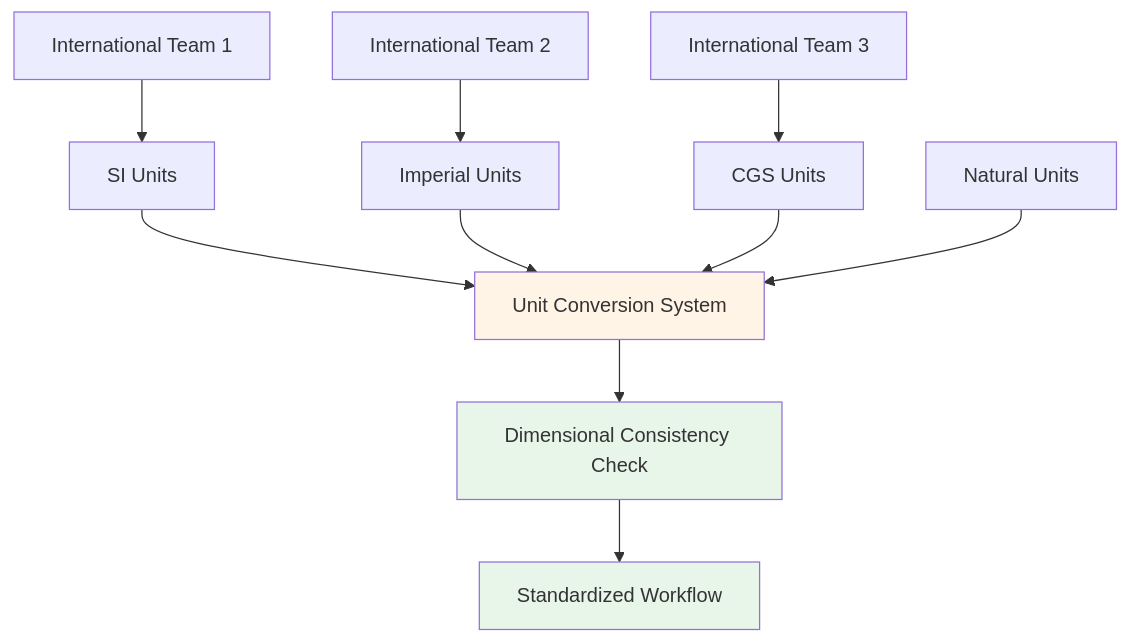
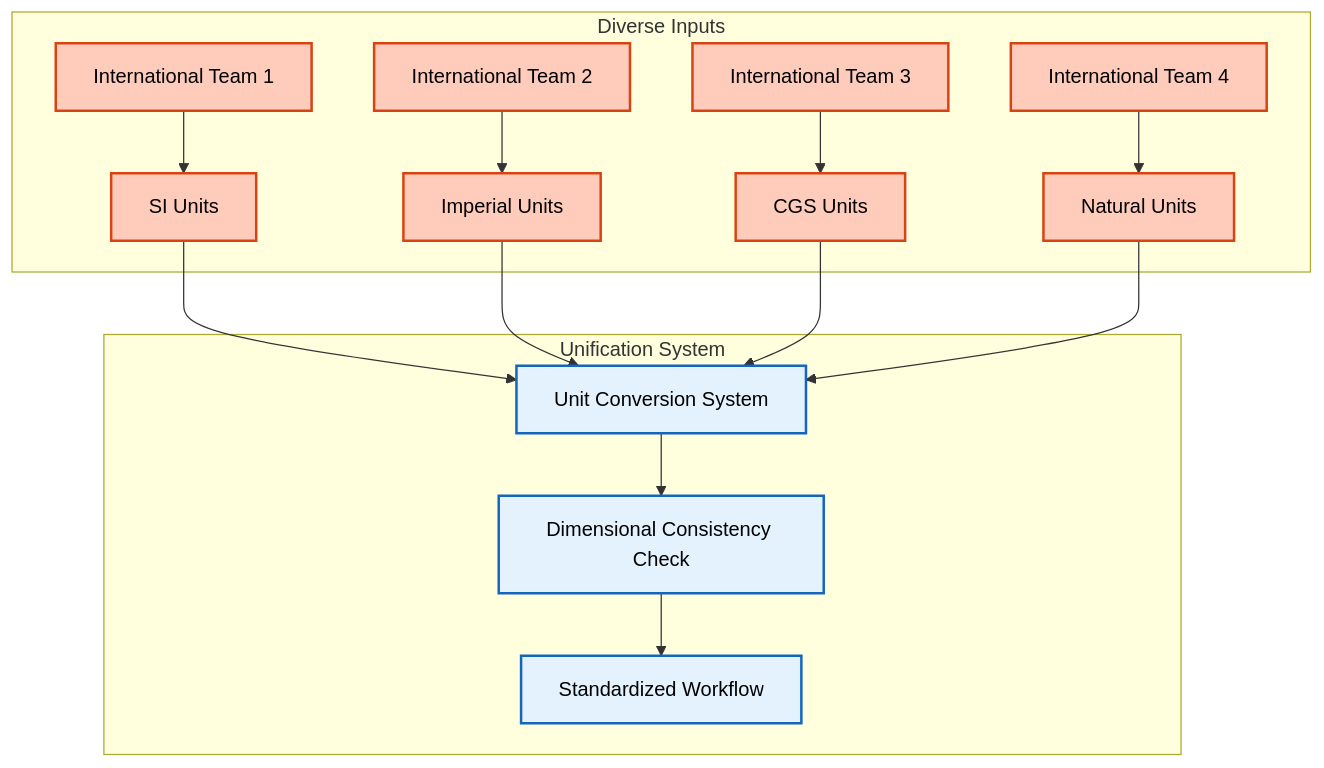
One commit to wramet/build-my-cfd changed the third of 5 diagrams in MODULE_05_OPENFOAM_PROGRAMMING/CONTENT/02_DIMENSIONED_TYPES/06_Engineering_Benefits.md. Above: the diagram before and after it, drawn with Mermaid. The commit also changed other lines of this file and 313 other files, not shown here.

Commit message:
Revise all diagram

````diff
--- a/MODULE_05_OPENFOAM_PROGRAMMING/CONTENT/02_DIMENSIONED_TYPES/06_Engineering_Benefits.md
+++ b/MODULE_05_OPENFOAM_PROGRAMMING/CONTENT/02_DIMENSIONED_TYPES/06_Engineering_Benefits.md
@@ -472,18 +494,27 @@
 ```mermaid
 flowchart TD
-    A[SI Units] --> D[Unit Conversion System]
-    B[Imperial Units] --> D
-    C[CGS Units] --> D
-    E[Natural Units] --> D
+%% Classes
+classDef explicit fill:#ffccbc,stroke:#d84315,stroke-width:2px,color:#000
+classDef implicit fill:#e3f2fd,stroke:#1565c0,stroke-width:2px,color:#000
 
-    D --> F[Dimensional Consistency Check]
-    F --> G[Standardized Workflow]
+subgraph Sources["Diverse Inputs"]
+    H[International Team 1]:::explicit --> A[SI Units]:::explicit
+    I[International Team 2]:::explicit --> B[Imperial Units]:::explicit
+    J[International Team 3]:::explicit --> C[CGS Units]:::explicit
+    K[International Team 4]:::explicit --> E[Natural Units]:::explicit
+end
 
-    H[International Team 1] --> A
-    I[International Team 2] --> B
-    J[International Team 3] --> C
+subgraph System["Unification System"]
+    D[Unit Conversion System]:::implicit
+    F[Dimensional Consistency Check]:::implicit
+    G[Standardized Workflow]:::implicit
+end
 
-    style D fill:#fff4e6
-    style F fill:#e8f5e9
-    style G fill:#e8f5e9
+A --> D
+B --> D
+C --> D
+E --> D
+
+D --> F
+F --> G
 ```
````
